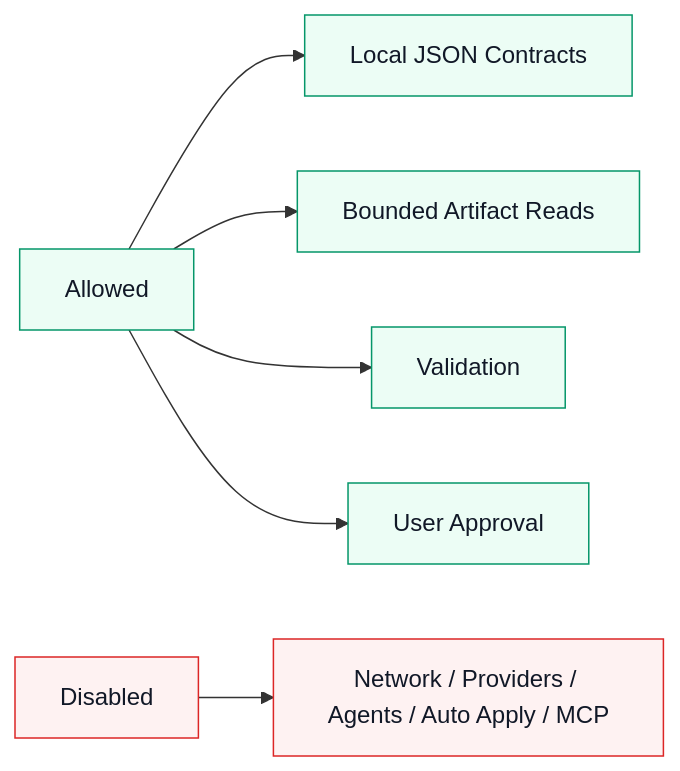
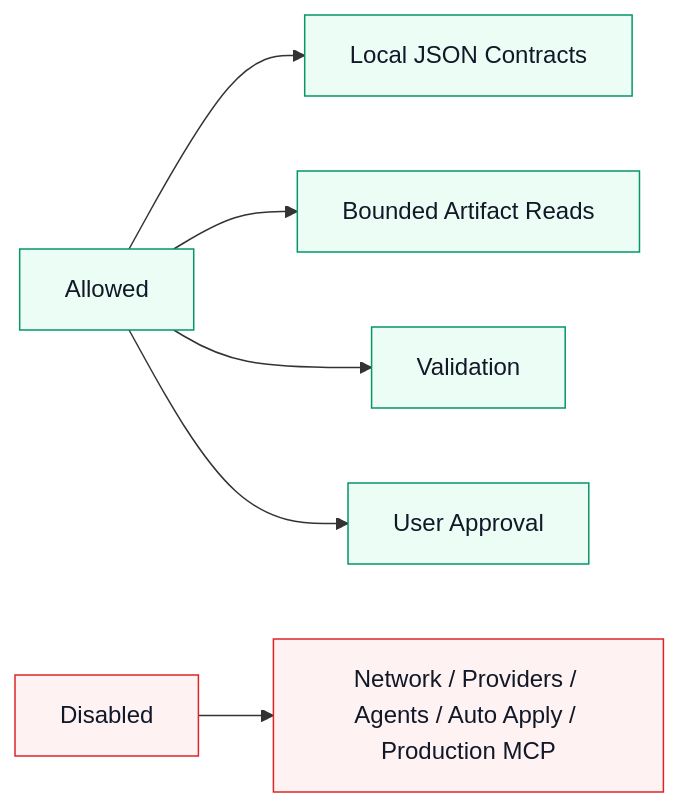
One commit to ProfRandom92/Comptext-cli changed the third of 3 diagrams in README.md. Above: the diagram before and after it, drawn with Mermaid. The commit also changed other lines of this file and 2 other files, not shown here.

````diff
--- a/README.md
+++ b/README.md
@@ -228,14 +228,14 @@
 ```mermaid
 flowchart LR
     allowed["Allowed"] --> contracts["Local JSON Contracts"]
     allowed --> reads["Bounded Artifact Reads"]
     allowed --> validation["Validation"]
     allowed --> approval["User Approval"]
-    disabled["Disabled"] --> gates["Network / Providers / Agents / Auto Apply / MCP"]
+    disabled["Disabled"] --> gates["Network / Providers / Agents / Auto Apply / Production MCP"]
 
     classDef safe fill:#ecfdf5,stroke:#059669,color:#111827
     classDef blocked fill:#fef2f2,stroke:#dc2626,color:#111827
     classDef evidence fill:#f8fafc,stroke:#64748b,color:#111827
     class allowed,contracts,reads,validation,approval safe
     class disabled,gates blocked
 ```
````
